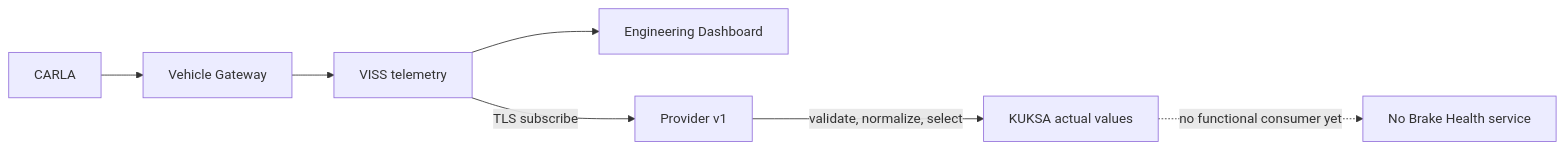
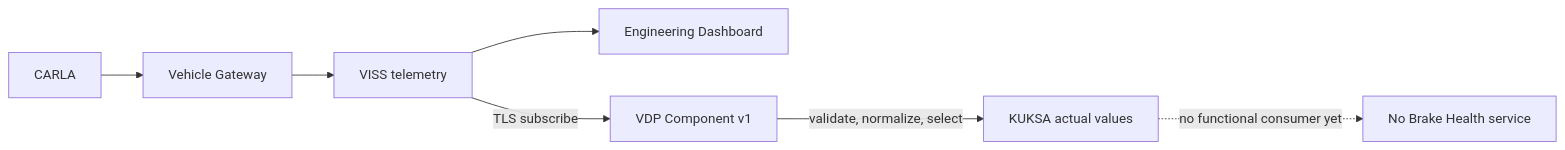
One commit to alexmaninblack/aosedge-sdv-demo changed the seventh of 18 diagrams in docs/architecture/demo-scenario-architecture-flows.md. Above: the diagram before and after it, drawn with Mermaid. The commit also changed other lines of this file and 32 other files, not shown here.

````diff
--- a/docs/architecture/demo-scenario-architecture-flows.md
+++ b/docs/architecture/demo-scenario-architecture-flows.md
@@ -398,8 +444,8 @@
 ```mermaid
 flowchart LR
     CARLA["CARLA"] --> GW["Vehicle Gateway"] --> VISS["VISS telemetry"]
     VISS --> ENG["Engineering Dashboard"]
-    VISS -->|"TLS subscribe"| P1["Provider v1"]
+    VISS -->|"TLS subscribe"| P1["VDP Component v1"]
     P1 -->|"validate, normalize, select"| KUKSA["KUKSA actual values"]
     KUKSA -. "no functional consumer yet" .-> NONE["No Brake Health service"]
 ```
````
